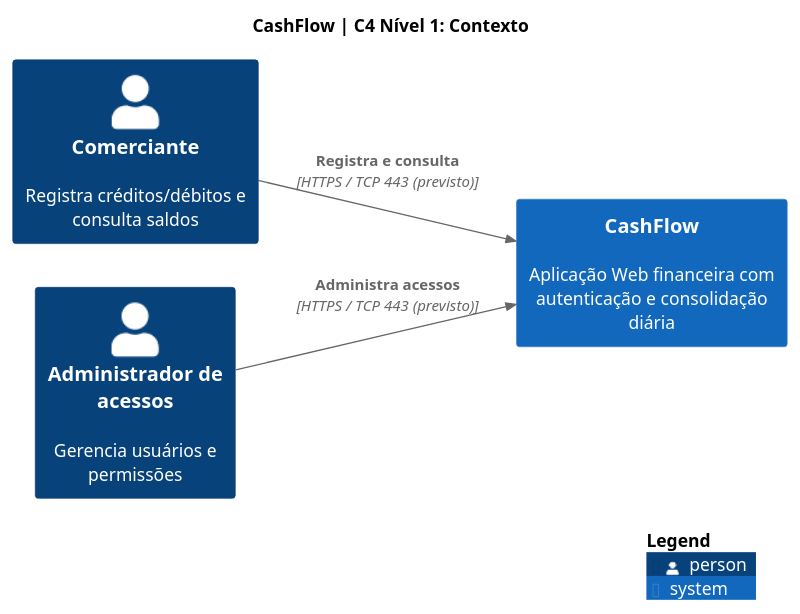
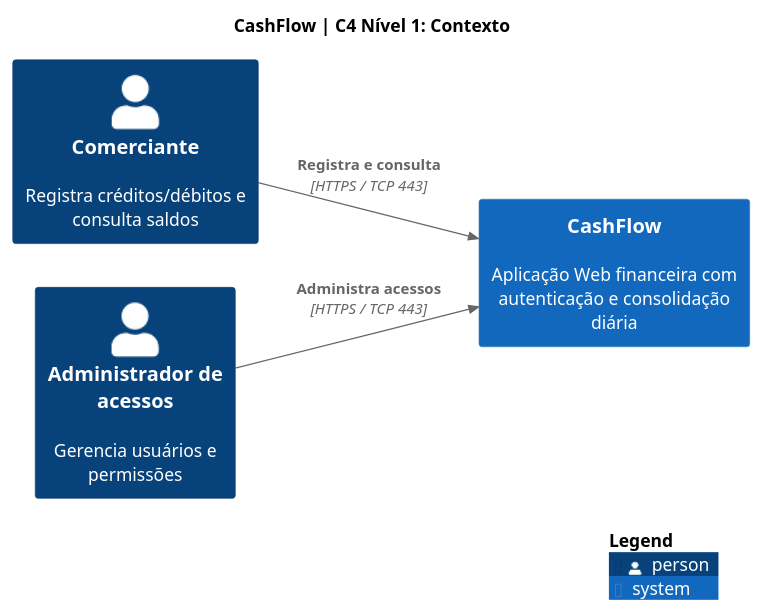
One commit to wolwerr/CashFlow-Architecture changed the diagram in docs/architecture/plantuml/c4-context.puml. Above: the diagram before and after it, drawn with PlantUML.

Commit message:
docs(c4): remove parenthetical annotations from C4 L1 and L2 labels (#6)

```diff
--- a/docs/architecture/plantuml/c4-context.puml
+++ b/docs/architecture/plantuml/c4-context.puml
@@ -1,15 +1,15 @@
 @startuml CashFlow_Context
 !include <C4/C4_Context>
 
 title CashFlow | C4 Nível 1: Contexto
 LAYOUT_LEFT_RIGHT()
 
 Person(comerciante, "Comerciante", "Registra créditos/débitos e consulta saldos")
 Person(admin, "Administrador de acessos", "Gerencia usuários e permissões")
 System(cashflow, "CashFlow", "Aplicação Web financeira com autenticação e consolidação diária")
 
-Rel(comerciante, cashflow, "Registra e consulta", "HTTPS / TCP 443 (previsto)")
-Rel(admin, cashflow, "Administra acessos", "HTTPS / TCP 443 (previsto)")
+Rel(comerciante, cashflow, "Registra e consulta", "HTTPS / TCP 443")
+Rel(admin, cashflow, "Administra acessos", "HTTPS / TCP 443")
 
 SHOW_LEGEND()
 @enduml
```
